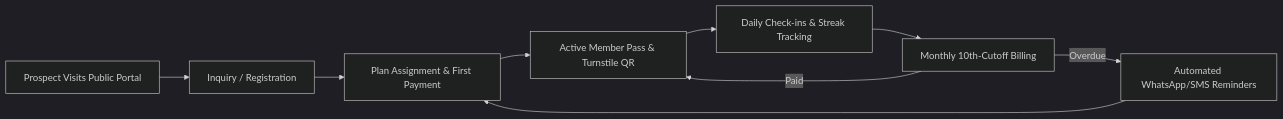
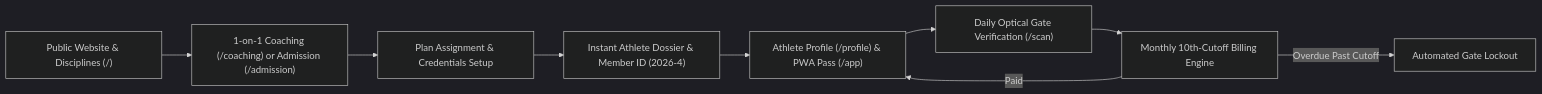
Before and after one commit to moeezahmad-tech/gymflow: the diagram in docs/GYM_MANAGEMENT_PORTAL.md, drawn with Mermaid (dark theme). The commit also changed other lines of this file and 189 other files, not shown here.

Commit message:
feat: modernize GymFlow to Next.js 14, Dark Athletic theme, unified admission, coaching system, and comprehensive docs

````diff
--- a/docs/GYM_MANAGEMENT_PORTAL.md
+++ b/docs/GYM_MANAGEMENT_PORTAL.md
@@ -57,11 +52,11 @@
 ```mermaid
 flowchart LR
-    A["Prospect Visits Public Portal"] --> B["Inquiry / Registration"]
-    B --> C["Plan Assignment & First Payment"]
-    C --> D["Active Member Pass & Turnstile QR"]
-    D --> E["Daily Check-ins & Streak Tracking"]
-    E --> F["Monthly 10th-Cutoff Billing"]
-    F -->|Paid| D
-    F -->|Overdue| G["Automated WhatsApp/SMS Reminders"]
-    G --> C
+    A["Public Website & Disciplines (/)"] --> B["1-on-1 Coaching (/coaching) or Admission (/admission)"]
+    B --> C["Plan Assignment & Credentials Setup"]
+    C --> D["Instant Athlete Dossier & Member ID (2026-4)"]
+    D --> E["Athlete Profile (/profile) & PWA Pass (/app)"]
+    E --> F["Daily Optical Gate Verification (/scan)"]
+    F --> G["Monthly 10th-Cutoff Billing Engine"]
+    G -->|Paid| E
+    G -->|Overdue Past Cutoff| H["Automated Gate Lockout"]
 ```
````
